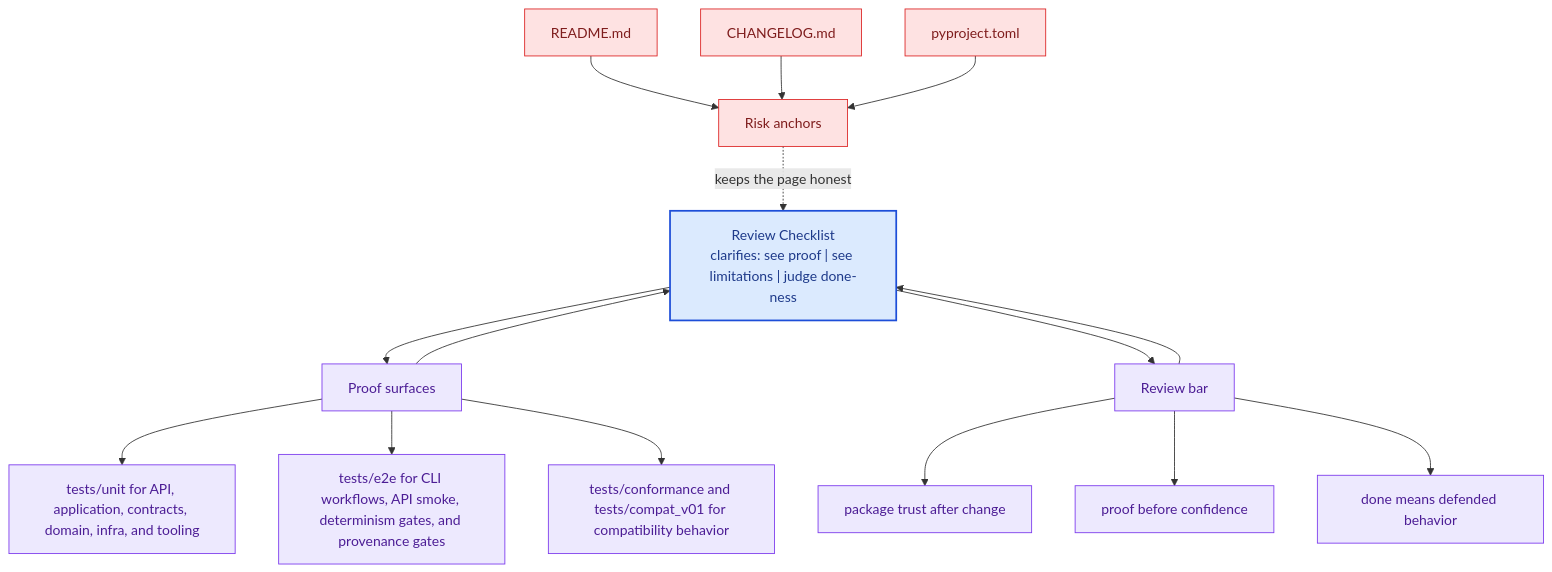
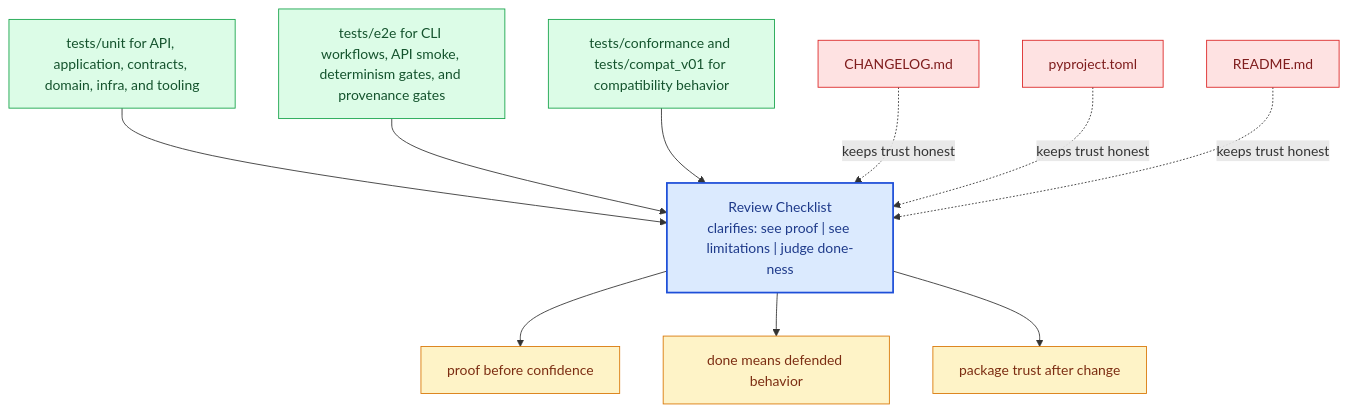
Before and after one commit to bijux/bijux-canon: the diagram in docs/bijux-canon-index/quality/review-checklist.md, drawn with Mermaid. The commit also changed other lines of this file and 281 other files, not shown here.

Commit message:
docs(diagrams): replace repeated mermaid scaffolds with page-specific summaries

````diff
--- a/docs/bijux-canon-index/quality/review-checklist.md
+++ b/docs/bijux-canon-index/quality/review-checklist.md
@@ -67,41 +22,31 @@
 ```mermaid
 flowchart TB
-    promise["Review Checklist<br/>clarifies: see proof | see limitations | judge done-ness"]
-    classDef promise fill:#dbeafe,stroke:#1d4ed8,color:#1e3a8a,stroke-width:2px;
-    classDef driver fill:#dcfce7,stroke:#16a34a,color:#14532d;
-    classDef constraint fill:#fee2e2,stroke:#dc2626,color:#7f1d1d;
-    classDef ground fill:#ede9fe,stroke:#7c3aed,color:#4c1d95;
-    focus1["Proof surfaces"]
-    focus1 --> promise
-    promise --> focus1
-    focus1_1["tests/unit for API, application, contracts, domain, infra, and tooling"]
-    focus1 --> focus1_1
-    focus1_2["tests/e2e for CLI workflows, API smoke, determinism gates, and provenance gates"]
-    focus1 --> focus1_2
-    focus1_3["tests/conformance and tests/compat_v01 for compatibility behavior"]
-    focus1 --> focus1_3
-    class focus1 ground;
-    class focus1_1,focus1_2,focus1_3 ground;
-    focus2["Risk anchors"]
-    focus2 -.keeps the page honest.-> promise
-    focus2_1["README.md"]
-    focus2_1 --> focus2
-    focus2_2["CHANGELOG.md"]
-    focus2_2 --> focus2
-    focus2_3["pyproject.toml"]
-    focus2_3 --> focus2
-    class focus2 constraint;
-    class focus2_1,focus2_2,focus2_3 constraint;
-    focus3["Review bar"]
-    focus3 --> promise
-    promise --> focus3
-    focus3_1["package trust after change"]
-    focus3 --> focus3_1
-    focus3_2["proof before confidence"]
-    focus3 --> focus3_2
-    focus3_3["done means defended behavior"]
-    focus3 --> focus3_3
-    class focus3 ground;
-    class focus3_1,focus3_2,focus3_3 ground;
-    class promise promise;
+    page["Review Checklist<br/>clarifies: see proof | see limitations | judge done-ness"]
+    classDef page fill:#dbeafe,stroke:#1d4ed8,color:#1e3a8a,stroke-width:2px;
+    classDef positive fill:#dcfce7,stroke:#16a34a,color:#14532d;
+    classDef caution fill:#fee2e2,stroke:#dc2626,color:#7f1d1d;
+    classDef anchor fill:#ede9fe,stroke:#7c3aed,color:#4c1d95;
+    classDef action fill:#fef3c7,stroke:#d97706,color:#7c2d12;
+    proof1["tests/unit for API, application, contracts, domain, infra, and tooling"]
+    proof1 --> page
+    proof2["tests/e2e for CLI workflows, API smoke, determinism gates, and provenance gates"]
+    proof2 --> page
+    proof3["tests/conformance and tests/compat_v01 for compatibility behavior"]
+    proof3 --> page
+    risk1["CHANGELOG.md"]
+    risk1 -.keeps trust honest.-> page
+    risk2["pyproject.toml"]
+    risk2 -.keeps trust honest.-> page
+    risk3["README.md"]
+    risk3 -.keeps trust honest.-> page
+    bar1["proof before confidence"]
+    page --> bar1
+    bar2["done means defended behavior"]
+    page --> bar2
+    bar3["package trust after change"]
+    page --> bar3
+    class page page;
+    class proof1,proof2,proof3 positive;
+    class risk1,risk2,risk3 caution;
+    class bar1,bar2,bar3 action;
 ```
````
